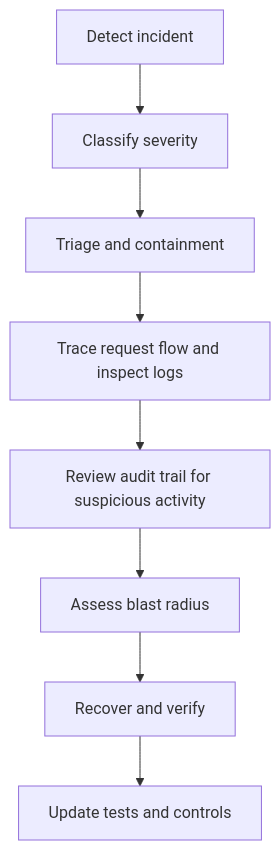
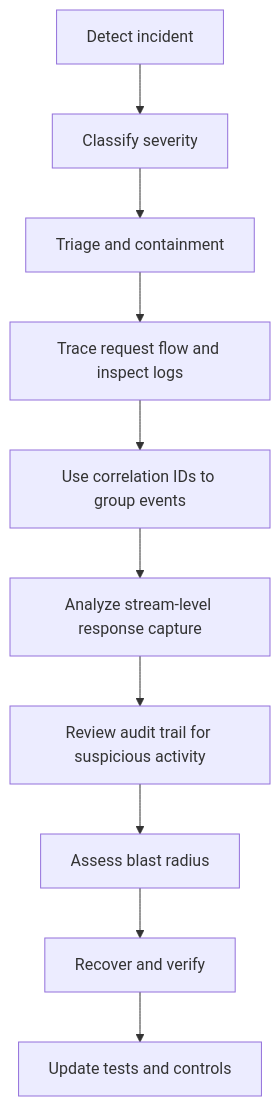
Before and after one commit to debian777/kairos-mcp: the fourth of 5 diagrams in .qoder/repowiki/en/content/Security Considerations.md, drawn with Mermaid. The commit also changed other lines of this file and 5 other files, not shown here.

First line of the commit message:
fix(audit): capture response at transport.send() level

````diff
--- a/.qoder/repowiki/en/content/Security Considerations.md
+++ b/.qoder/repowiki/en/content/Security Considerations.md
@@ -321,10 +357,12 @@
 ```mermaid
 flowchart TD
 Detect["Detect incident"] --> Classify["Classify severity"]
 Classify --> Triage["Triage and containment"]
 Triage --> Trace["Trace request flow and inspect logs"]
-Trace --> AuditTrail["Review audit trail for suspicious activity"]
+Trace --> Correlation["Use correlation IDs to group events"]
+Correlation --> StreamCapture["Analyze stream-level response capture"]
+StreamCapture --> AuditTrail["Review audit trail for suspicious activity"]
 AuditTrail --> Assess["Assess blast radius"]
 Assess --> Recover["Recover and verify"]
 Recover --> Lessons["Update tests and controls"]
 ```
````
